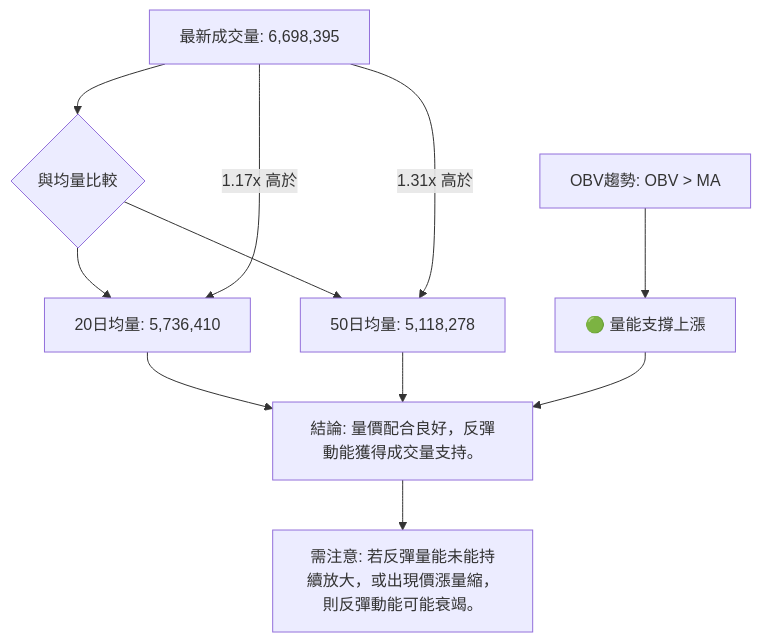
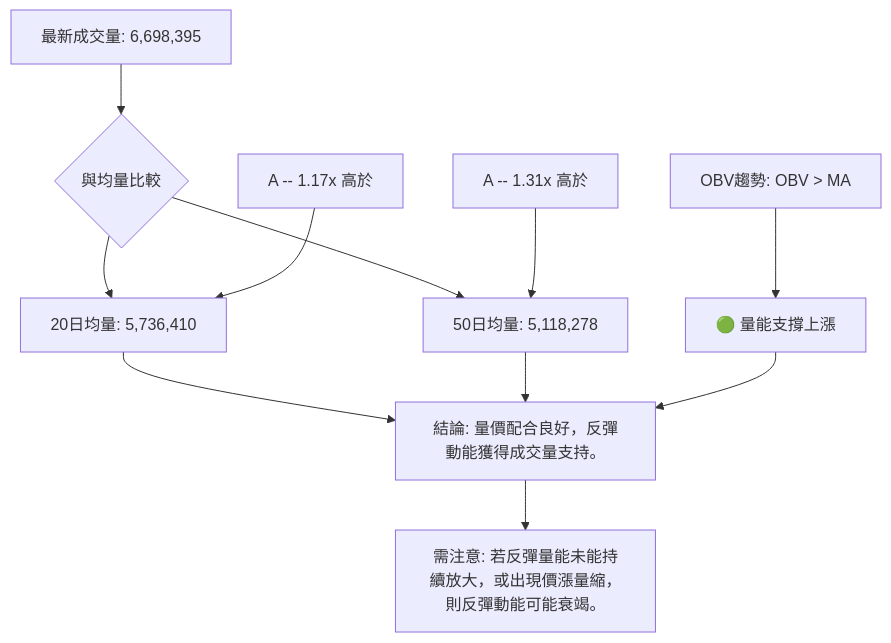
The ninth of 13 diagrams in ai_gen_report/stock/ktos/technical_analysis_2026-07-03_gemini.md (yennanliu/finance_data), drawn with Mermaid before and after one commit. The commit also changed other lines of this file and 2258 other files, not shown here.

First line of the commit message:
chore: backfill Mermaid syntax repair across existing reports

````diff
--- a/ai_gen_report/stock/ktos/technical_analysis_2026-07-03_gemini.md
+++ b/ai_gen_report/stock/ktos/technical_analysis_2026-07-03_gemini.md
@@ -506,11 +506,11 @@
 ```mermaid
 graph TD
-    A[最新成交量: 6,698,395] --> B{與均量比較}
-    B --> C[20日均量: 5,736,410]
-    B --> D[50日均量: 5,118,278]
-    A -- 1.17x 高於 --> C
-    A -- 1.31x 高於 --> D
-    E[OBV趨勢: OBV > MA] --> F[🟢 量能支撐上漲]
-    C & D & F --> G[結論: 量價配合良好，反彈動能獲得成交量支持。]
-    G --> H[需注意: 若反彈量能未能持續放大，或出現價漲量縮，則反彈動能可能衰竭。]
+    A["最新成交量: 6,698,395"] --> B{"與均量比較"}
+    B --> C["20日均量: 5,736,410"]
+    B --> D["50日均量: 5,118,278"]
+    nb1["A -- 1.17x 高於"] --> C
+    nb2["A -- 1.31x 高於"] --> D
+    E["OBV趨勢: OBV > MA"] --> F["🟢 量能支撐上漲"]
+    C & D & F --> G["結論: 量價配合良好，反彈動能獲得成交量支持。"]
+    G --> H["需注意: 若反彈量能未能持續放大，或出現價漲量縮，則反彈動能可能衰竭。"]
 ```
````
